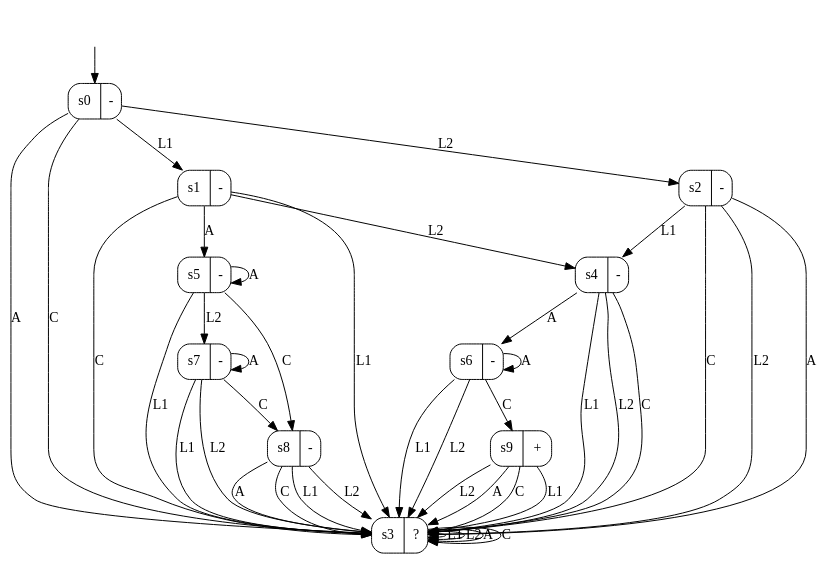
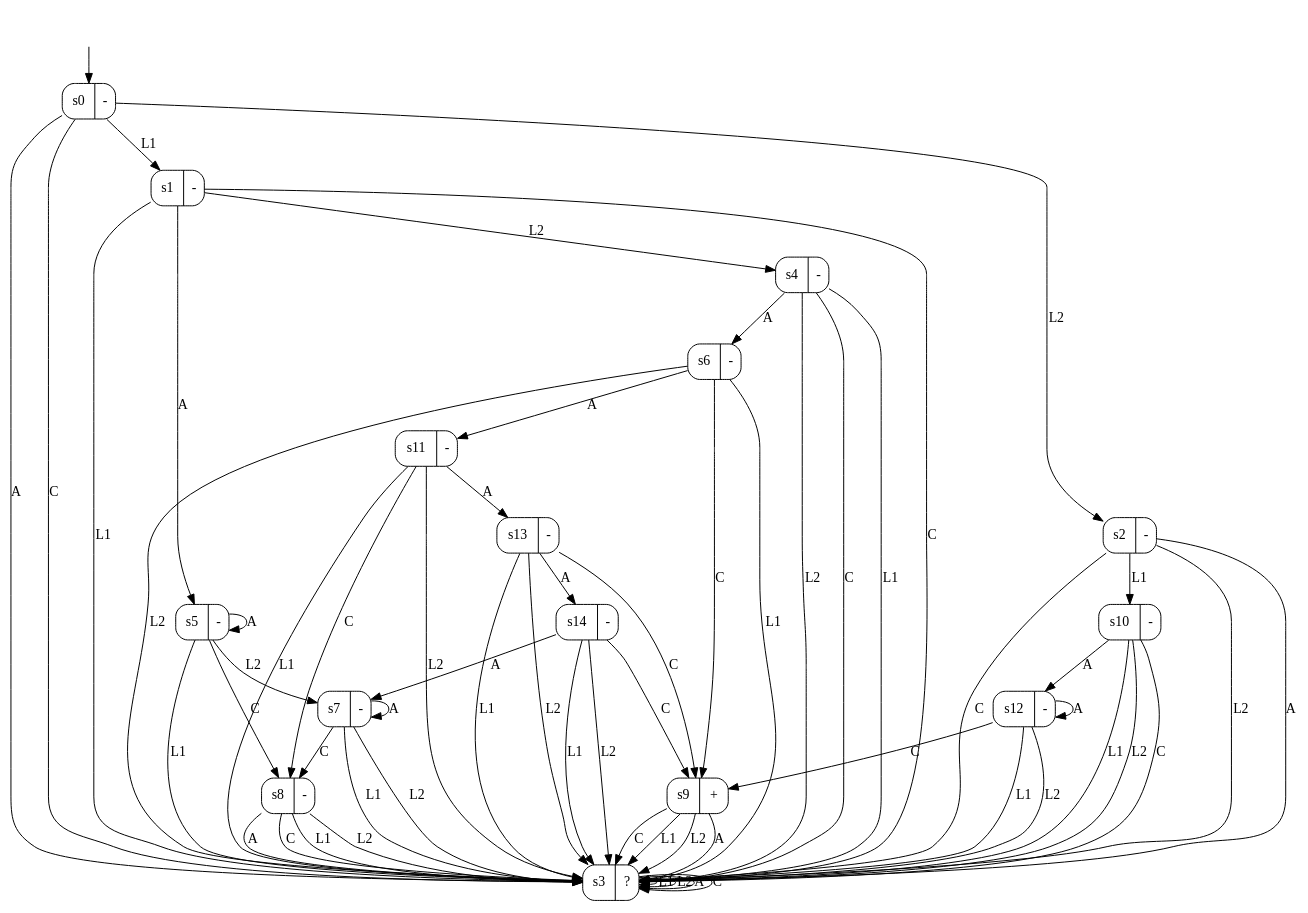
Before and after one commit to tomyaacov/lstar_dont_care: the diagram in output/magento_dfa3_0.7.dot, drawn with Graphviz. The commit also changed 22 other files, not shown here.

```diff
--- a/output/magento_dfa3_0.7.dot
+++ b/output/magento_dfa3_0.7.dot
@@ -1,54 +1,79 @@
 digraph "output/magento_dfa3_0.7" {
 s0 [label="s0|-", shape=record, style=rounded];
 s1 [label="s1|-", shape=record, style=rounded];
 s2 [label="s2|-", shape=record, style=rounded];
 s3 [label="s3|?", shape=record, style=rounded];
 s4 [label="s4|-", shape=record, style=rounded];
 s5 [label="s5|-", shape=record, style=rounded];
 s6 [label="s6|-", shape=record, style=rounded];
 s7 [label="s7|-", shape=record, style=rounded];
 s8 [label="s8|-", shape=record, style=rounded];
 s9 [label="s9|+", shape=record, style=rounded];
+s10 [label="s10|-", shape=record, style=rounded];
+s11 [label="s11|-", shape=record, style=rounded];
+s12 [label="s12|-", shape=record, style=rounded];
+s13 [label="s13|-", shape=record, style=rounded];
+s14 [label="s14|-", shape=record, style=rounded];
 s0 -> s1  [label=L1];
 s0 -> s2  [label=L2];
 s0 -> s3  [label=A];
 s0 -> s3  [label=C];
 s1 -> s3  [label=L1];
 s1 -> s4  [label=L2];
 s1 -> s5  [label=A];
 s1 -> s3  [label=C];
-s2 -> s4  [label=L1];
+s2 -> s10  [label=L1];
 s2 -> s3  [label=L2];
 s2 -> s3  [label=A];
 s2 -> s3  [label=C];
 s3 -> s3  [label=L1];
 s3 -> s3  [label=L2];
 s3 -> s3  [label=A];
 s3 -> s3  [label=C];
 s4 -> s3  [label=L1];
 s4 -> s3  [label=L2];
 s4 -> s6  [label=A];
 s4 -> s3  [label=C];
 s5 -> s3  [label=L1];
 s5 -> s7  [label=L2];
 s5 -> s5  [label=A];
 s5 -> s8  [label=C];
 s6 -> s3  [label=L1];
 s6 -> s3  [label=L2];
-s6 -> s6  [label=A];
+s6 -> s11  [label=A];
 s6 -> s9  [label=C];
 s7 -> s3  [label=L1];
 s7 -> s3  [label=L2];
 s7 -> s7  [label=A];
 s7 -> s8  [label=C];
 s8 -> s3  [label=L1];
 s8 -> s3  [label=L2];
 s8 -> s3  [label=A];
 s8 -> s3  [label=C];
 s9 -> s3  [label=L1];
 s9 -> s3  [label=L2];
 s9 -> s3  [label=A];
 s9 -> s3  [label=C];
+s10 -> s3  [label=L1];
+s10 -> s3  [label=L2];
+s10 -> s12  [label=A];
+s10 -> s3  [label=C];
+s11 -> s3  [label=L1];
+s11 -> s3  [label=L2];
+s11 -> s13  [label=A];
+s11 -> s8  [label=C];
+s12 -> s3  [label=L1];
+s12 -> s3  [label=L2];
+s12 -> s12  [label=A];
+s12 -> s9  [label=C];
+s13 -> s3  [label=L1];
+s13 -> s3  [label=L2];
+s13 -> s14  [label=A];
+s13 -> s9  [label=C];
+s14 -> s3  [label=L1];
+s14 -> s3  [label=L2];
+s14 -> s7  [label=A];
+s14 -> s9  [label=C];
 __start0 [label="", shape=none];
 __start0 -> s0  [label=""];
 }
```
